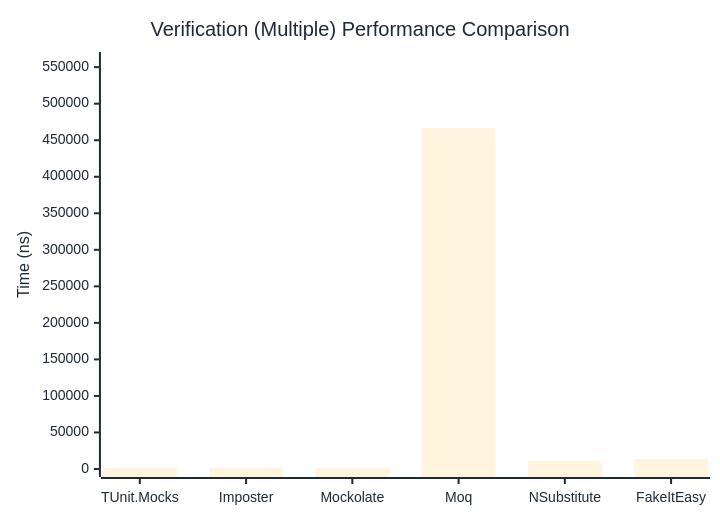
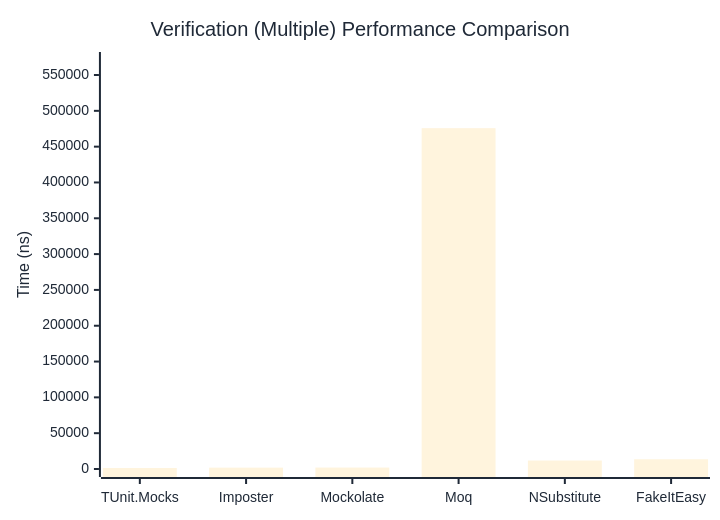
Before and after one commit to thomhurst/TUnit: the third of 3 diagrams in docs/docs/benchmarks/mocks/Verification.md, drawn with Mermaid. The commit also changed other lines of this file and 14 other files, not shown here.

````diff
--- a/docs/docs/benchmarks/mocks/Verification.md
+++ b/docs/docs/benchmarks/mocks/Verification.md
@@ -110,27 +110,27 @@
 ```mermaid
 %%{init: {
   'theme':'base',
   'themeVariables': {
     'primaryColor': '#2563eb',
     'primaryTextColor': '#1f2937',
     'primaryBorderColor': '#1e40af',
     'lineColor': '#6b7280',
     'secondaryColor': '#7c3aed',
     'tertiaryColor': '#dc2626',
     'background': '#ffffff',
     'pie1': '#2563eb',
     'pie2': '#7c3aed',
     'pie3': '#dc2626',
     'pie4': '#f59e0b',
     'pie5': '#10b981',
     'pie6': '#06b6d4',
     'pie7': '#ec4899',
     'pie8': '#6366f1'
   }
 }}%%
 xychart-beta
   title "Verification (Multiple) Performance Comparison"
   x-axis ["TUnit.Mocks", "Imposter", "Mockolate", "Moq", "NSubstitute", "FakeItEasy"]
-  y-axis "Time (ns)" 0 --> 559786
-  bar [1349.02, 1761.95, 1762.67, 466487.99, 11333.51, 13367.17]
+  y-axis "Time (ns)" 0 --> 570962
+  bar [1377.25, 1881.33, 2009.37, 475801.63, 11837.61, 13597.49]
 ```
````
